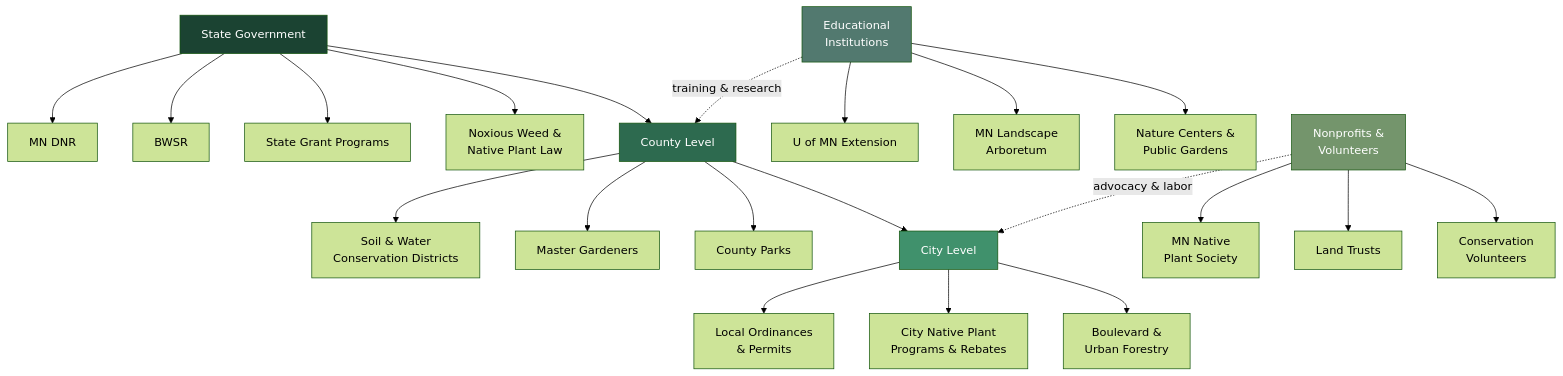
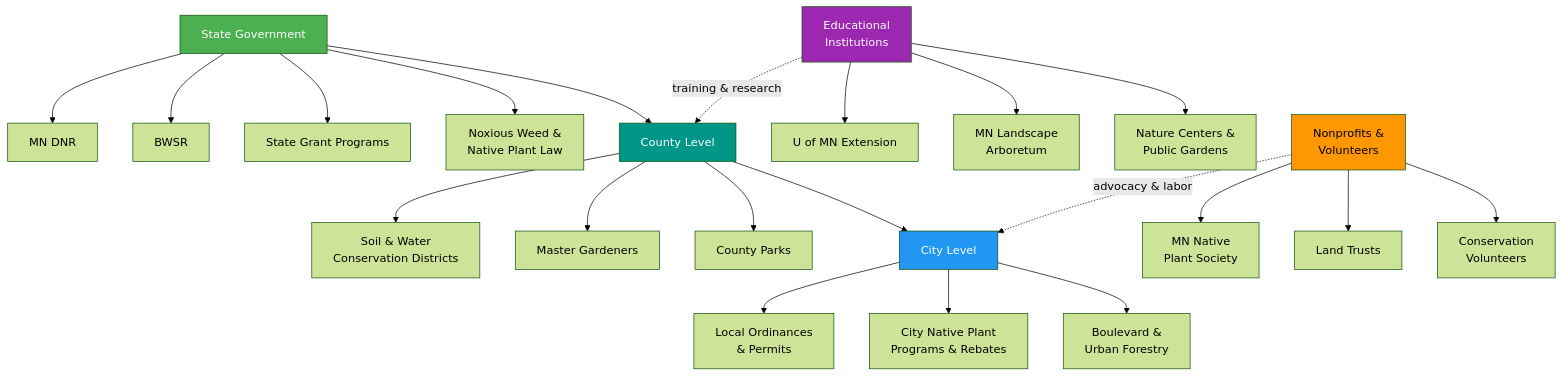
Before and after one commit to arunbatchu/minnesota-native-plants: the second of 2 diagrams in docs/chapters/14-minnesota-resources/index.md, drawn with Mermaid (forest theme). The commit also changed other lines of this file and 10 other files, not shown here.

First line of the commit message:
Fix Mermaid diagram colors for accessibility — high contrast palette

````diff
--- a/docs/chapters/14-minnesota-resources/index.md
+++ b/docs/chapters/14-minnesota-resources/index.md
@@ -454,34 +454,34 @@
 ```mermaid
 graph TD
     A["State Government"] --> B["MN DNR"]
     A --> C["BWSR"]
     A --> D["State Grant Programs"]
     A --> E["Noxious Weed &<br>Native Plant Law"]
 
     F["County Level"] --> G["Soil & Water<br>Conservation Districts"]
     F --> H["Master Gardeners"]
     F --> I["County Parks"]
 
     J["City Level"] --> K["Local Ordinances<br>& Permits"]
     J --> L["City Native Plant<br>Programs & Rebates"]
     J --> M["Boulevard &<br>Urban Forestry"]
 
     N["Educational<br>Institutions"] --> O["U of MN Extension"]
     N --> P["MN Landscape<br>Arboretum"]
     N --> Q["Nature Centers &<br>Public Gardens"]
 
     R["Nonprofits &<br>Volunteers"] --> S["MN Native<br>Plant Society"]
     R --> T["Land Trusts"]
     R --> U["Conservation<br>Volunteers"]
 
     A --> F
     F --> J
     N -.->|"training & research"| F
     R -.->|"advocacy & labor"| J
 
-    style A fill:#1b4332,color:#fff
-    style F fill:#2d6a4f,color:#fff
-    style J fill:#40916c,color:#fff
-    style N fill:#52796f,color:#fff
-    style R fill:#74956c,color:#fff
+    style A fill:#4CAF50,color:#fff
+    style F fill:#009688,color:#fff
+    style J fill:#2196F3,color:#fff
+    style N fill:#9C27B0,color:#fff
+    style R fill:#FF9800,color:#000
 ```
````
